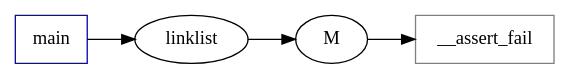
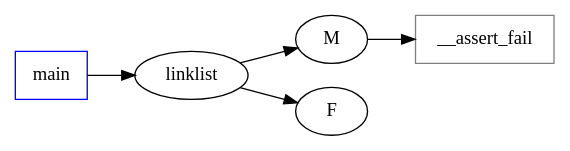
Before and after one commit to woailuo/experiments: the diagram in linklist/analysis_behavior/functionCalls.dot, drawn with Graphviz. The commit also changed 465 other files, not shown here.

```diff
--- a/linklist/analysis_behavior/functionCalls.dot
+++ b/linklist/analysis_behavior/functionCalls.dot
@@ -1,9 +1,10 @@
 digraph functioncalls {
 rankdir=LR;
 
 main [shape="box", color=blue];
 __assert_fail [shape="box", color=grey];
 M -> __assert_fail;
 linklist -> M;
+linklist -> F;
 main -> linklist;
 }
```
